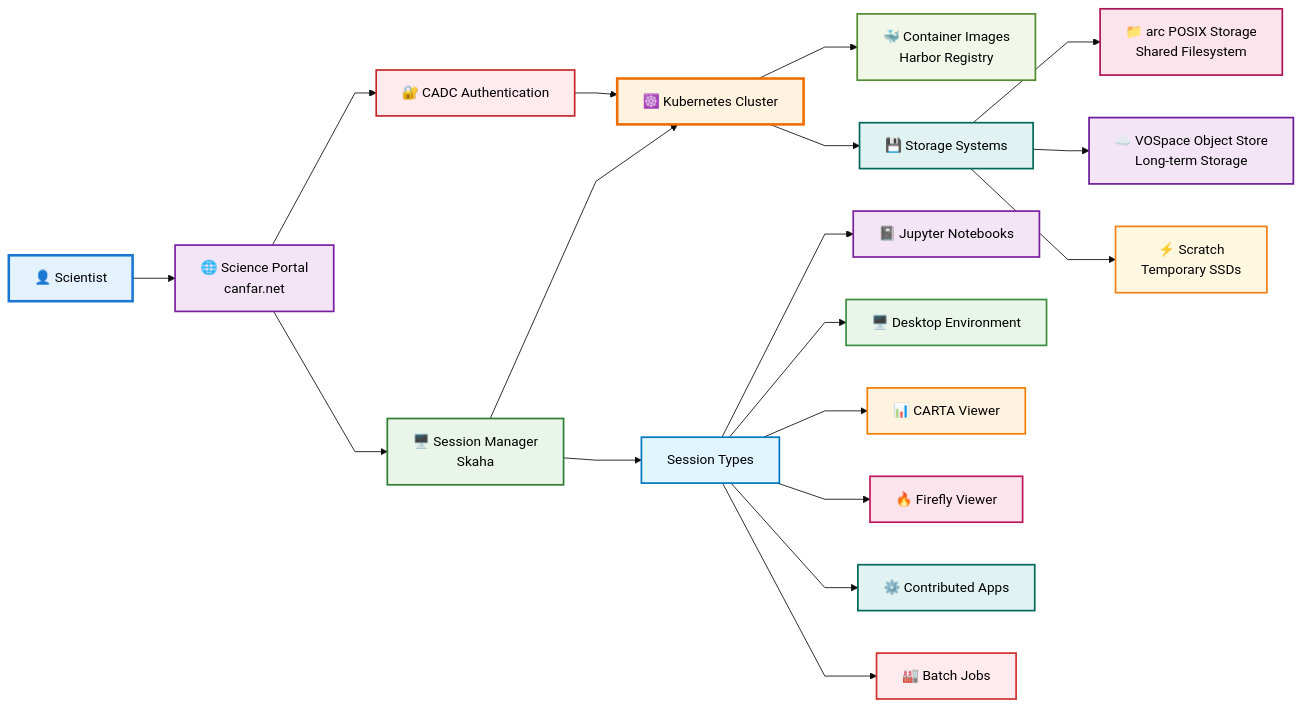
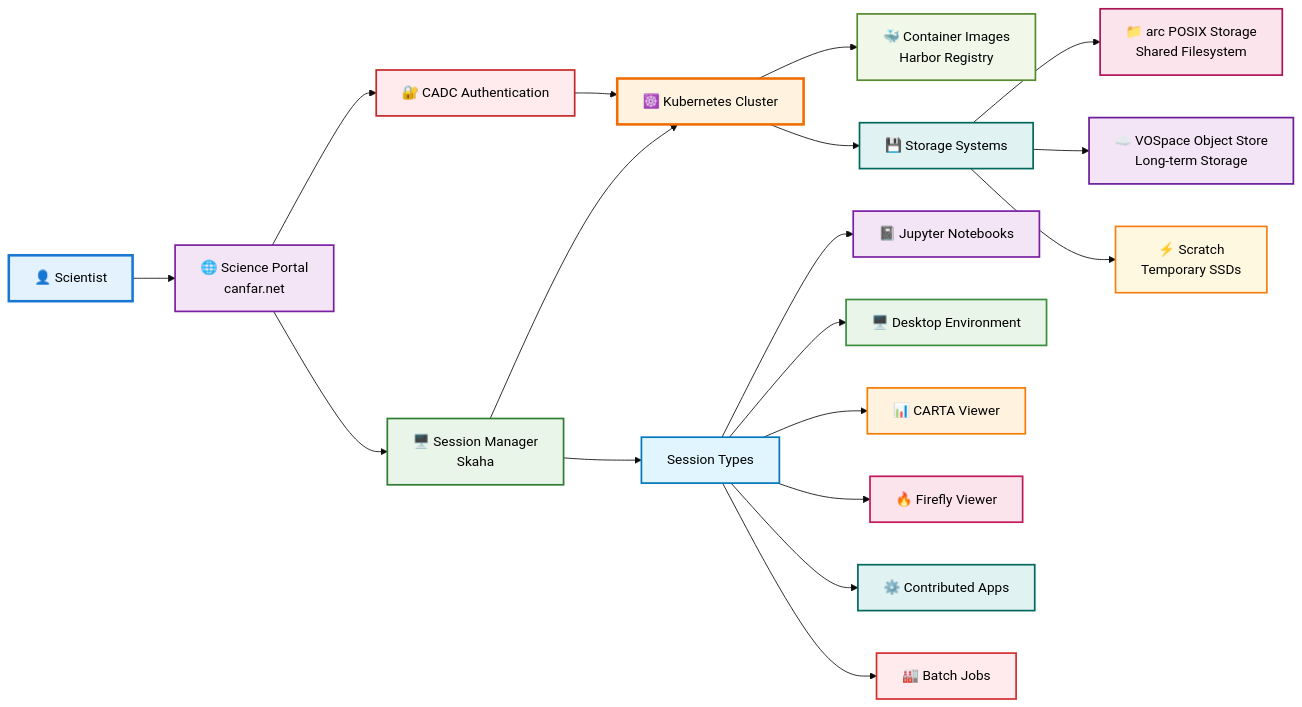
Before and after one commit to opencadc/canfar: the diagram in docs/platform/concepts.md, drawn with Mermaid (base theme). The commit also changed other lines of this file and 19 other files, not shown here.

Commit message:
docs: overhaul and clarify platform guides, containers, sessions, storage, permissions, and mkdocs config

````diff
--- a/docs/platform/concepts.md
+++ b/docs/platform/concepts.md
@@ -54,72 +55,71 @@
 ```mermaid
-    %%{init: {'flowchart': {'curve': 'linear'}}}%%
-    graph LR
-        %% User Entry Point
-        User["👤 Scientist"]:::user
-        
-        %% Portal Layer
-        Portal["🌐 Science Portal<br/>canfar.net"]:::portal
-        Auth["🔐 CADC Authentication"]:::auth
-        Sessions["🖥️ Session Manager<br/>Skaha"]:::sessions
-        
-        %% Infrastructure Layer
-        K8s["☸️ Kubernetes Cluster"]:::k8s
-        Containers["🐳 Container Images<br/>Harbor Registry"]:::containers
-        Storage["💾 Storage Systems"]:::storage
-        
-        %% Storage Systems
-        arc["📁 arc POSIX Storage<br/>Shared Filesystem"]:::arc
-        VOSpace["☁️ VOSpace Object Store<br/>Long-term Storage"]:::vospace
-        Scratch["⚡ Scratch<br/>Temporary SSDs"]:::scratch
-        
-        %% Session Types
-        Types["Session Types"]:::types
-        Notebook["📓 Jupyter Notebooks"]:::notebooks
-        Desktop["🖥️ Desktop Environment"]:::desktop
-        CARTA["📊 CARTA Viewer"]:::carta
-        Firefly["🔥 Firefly Viewer"]:::firefly
-        Contrib["⚙️ Contributed Apps"]:::contrib
-        Batch["🏭 Batch Jobs"]:::batch
-        
-        %% Connections
-        User --> Portal
-        Portal --> Auth
-        Portal --> Sessions
-        
-        Auth --> K8s
-        Sessions --> K8s
-        
-        K8s --> Containers
-        K8s --> Storage
-        
-        Storage --> arc
-        Storage --> VOSpace
-        Storage --> Scratch
-        
-        Sessions --> Types
-        Types --> Notebook
-        Types --> Desktop
-        Types --> CARTA
-        Types --> Firefly
-        Types --> Contrib
-        Types --> Batch
-        
-        %% Styling
-        classDef user fill:#e3f2fd,stroke:#1976d2,stroke-width:3px,color:#000
-        classDef portal fill:#f3e5f5,stroke:#7b1fa2,stroke-width:2px,color:#000
-        classDef auth fill:#ffebee,stroke:#c62828,stroke-width:2px,color:#000
-        classDef sessions fill:#e8f5e8,stroke:#2e7d32,stroke-width:2px,color:#000
-        classDef k8s fill:#fff3e0,stroke:#ef6c00,stroke-width:3px,color:#000
-        classDef containers fill:#f1f8e9,stroke:#558b2f,stroke-width:2px,color:#000
-        classDef storage fill:#e0f2f1,stroke:#00695c,stroke-width:2px,color:#000
-        classDef arc fill:#fce4ec,stroke:#ad1457,stroke-width:2px,color:#000
-        classDef vospace fill:#f3e5f5,stroke:#6a1b9a,stroke-width:2px,color:#000
-        classDef scratch fill:#fff8e1,stroke:#f57f17,stroke-width:2px,color:#000
-        classDef types fill:#e1f5fe,stroke:#0277bd,stroke-width:2px,color:#000
-        classDef notebooks fill:#f3e5f5,stroke:#7b1fa2,stroke-width:2px,color:#000
-        classDef desktop fill:#e8f5e8,stroke:#388e3c,stroke-width:2px,color:#000
-        classDef carta fill:#fff3e0,stroke:#f57c00,stroke-width:2px,color:#000
-        classDef firefly fill:#fce4ec,stroke:#c2185b,stroke-width:2px,color:#000
-        classDef contrib fill:#e0f2f1,stroke:#00695c,stroke-width:2px,color:#000
-        classDef batch fill:#ffebee,stroke:#d32f2f,stroke-width:2px,color:#000
+graph LR
+    %% User Entry Point
+    User["👤 Scientist"]:::user
+    
+    %% Portal Layer
+    Portal["🌐 Science Portal<br/>canfar.net"]:::portal
+    Auth["🔐 CADC Authentication"]:::auth
+    Sessions["🖥️ Session Manager<br/>Skaha"]:::sessions
+    
+    %% Infrastructure Layer
+    K8s["☸️ Kubernetes Cluster"]:::k8s
+    Containers["🐳 Container Images<br/>Harbor Registry"]:::containers
+    Storage["💾 Storage Systems"]:::storage
+    
+    %% Storage Systems
+    arc["📁 arc POSIX Storage<br/>Shared Filesystem"]:::arc
+    vault["☁️ VOSpace Object Store<br/>Long-term Storage"]:::vospace
+    scratch["⚡ Scratch<br/>Temporary SSDs"]:::scratch
+    
+    %% Session Types
+    Types["Session Types"]:::types
+    Notebook["📓 Jupyter Notebooks"]:::notebooks
+    Desktop["🖥️ Desktop Environment"]:::desktop
+    CARTA["📊 CARTA Viewer"]:::carta
+    Firefly["🔥 Firefly Viewer"]:::firefly
+    Contrib["⚙️ Contributed Apps"]:::contrib
+    Batch["🏭 Batch Jobs"]:::batch
+    
+    %% Connections
+    User --> Portal
+    Portal --> Auth
+    Portal --> Sessions
+    
+    Auth --> K8s
+    Sessions --> K8s
+    
+    K8s --> Containers
+    K8s --> Storage
+    
+    Storage --> arc
+    Storage --> vault
+    Storage --> scratch
+    
+    Sessions --> Types
+    Types --> Notebook
+    Types --> Desktop
+    Types --> CARTA
+    Types --> Firefly
+    Types --> Contrib
+    Types --> Batch
+    
+    %% Styling
+    classDef user fill:#e3f2fd,stroke:#1976d2,stroke-width:3px,color:#000
+    classDef portal fill:#f3e5f5,stroke:#7b1fa2,stroke-width:2px,color:#000
+    classDef auth fill:#ffebee,stroke:#c62828,stroke-width:2px,color:#000
+    classDef sessions fill:#e8f5e8,stroke:#2e7d32,stroke-width:2px,color:#000
+    classDef k8s fill:#fff3e0,stroke:#ef6c00,stroke-width:3px,color:#000
+    classDef containers fill:#f1f8e9,stroke:#558b2f,stroke-width:2px,color:#000
+    classDef storage fill:#e0f2f1,stroke:#00695c,stroke-width:2px,color:#000
+    classDef arc fill:#fce4ec,stroke:#ad1457,stroke-width:2px,color:#000
+    classDef vospace fill:#f3e5f5,stroke:#6a1b9a,stroke-width:2px,color:#000
+    classDef scratch fill:#fff8e1,stroke:#f57f17,stroke-width:2px,color:#000
+    classDef types fill:#e1f5fe,stroke:#0277bd,stroke-width:2px,color:#000
+    classDef notebooks fill:#f3e5f5,stroke:#7b1fa2,stroke-width:2px,color:#000
+    classDef desktop fill:#e8f5e8,stroke:#388e3c,stroke-width:2px,color:#000
+    classDef carta fill:#fff3e0,stroke:#f57c00,stroke-width:2px,color:#000
+    classDef firefly fill:#fce4ec,stroke:#c2185b,stroke-width:2px,color:#000
+    classDef contrib fill:#e0f2f1,stroke:#00695c,stroke-width:2px,color:#000
+    classDef batch fill:#ffebee,stroke:#d32f2f,stroke-width:2px,color:#000
 ```
````
